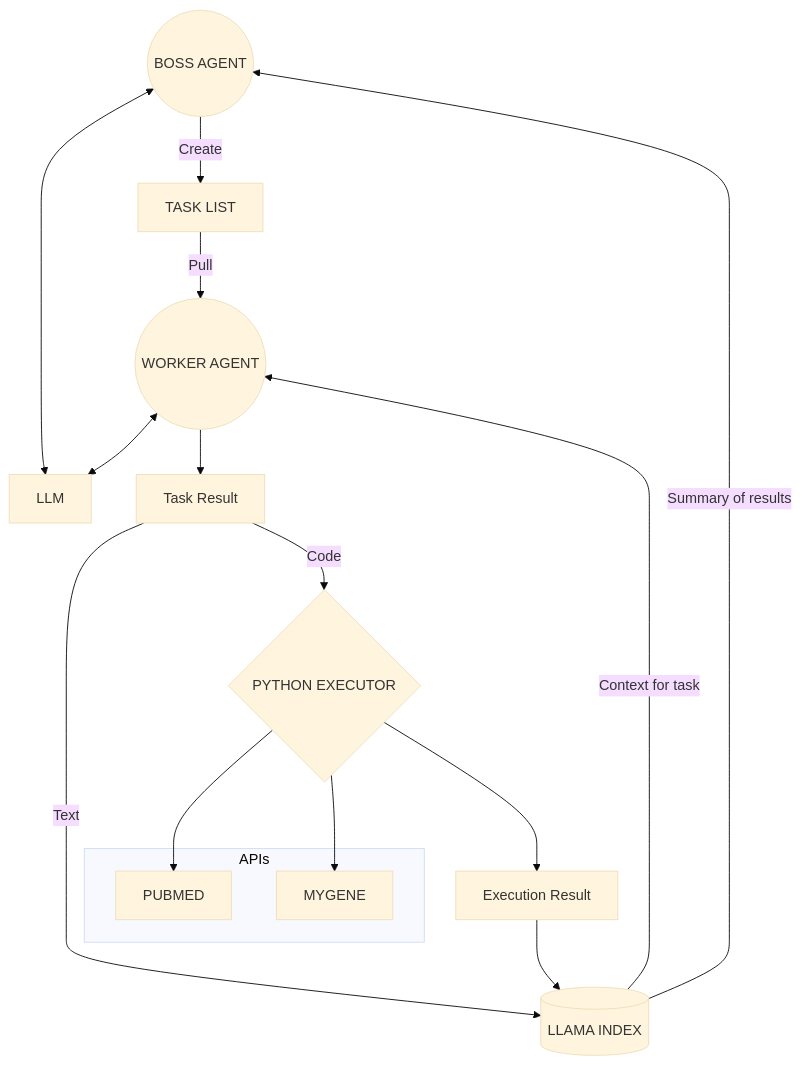
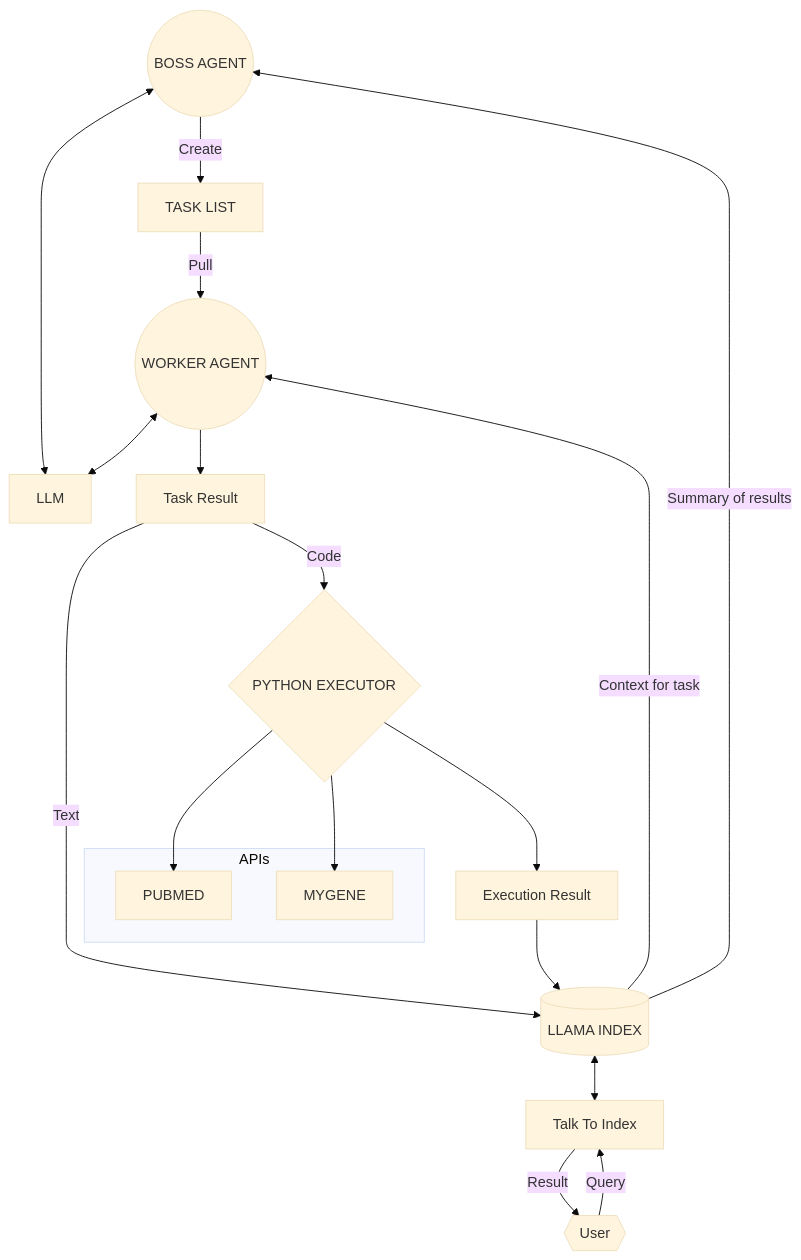
The diagram in README.md (oneil512/INSIGHT), drawn with Mermaid (base theme) before and after one commit.

Commit message:
update diagram

````diff
--- a/README.md
+++ b/README.md
@@ -15,26 +15,31 @@
 ```mermaid
 graph TB;
 
     subgraph APIs;
         API1[PUBMED API];
         API2[MYGENE API];
     end;
 
     Boss((BOSS AGENT)) <--> GPT[LLM];
     Llama[(LLAMA INDEX)] -->|Summary of results| Boss;
     Boss -->|Create| Queue[TASK LIST];
 
     Worker((WORKER AGENT)) <--> GPT;
     Queue --> |Pull| Worker;
     Llama -->|Context for task| Worker;
     Worker --> Result[Task Result];
 
     Result --> |Text| Llama;
     Result -->|Code| Executor{PYTHON EXECUTOR};
 
     Executor --> API1[PUBMED];
     Executor --> API2[MYGENE];
     Executor --> Execution[Execution Result];
 
     Execution --> Llama;
+
+    Llama <--> TalkToIndex[Talk To Index];
+
+    User{{User}} -->|Query| TalkToIndex;
+    TalkToIndex -->|Result| User;
 ```
````
